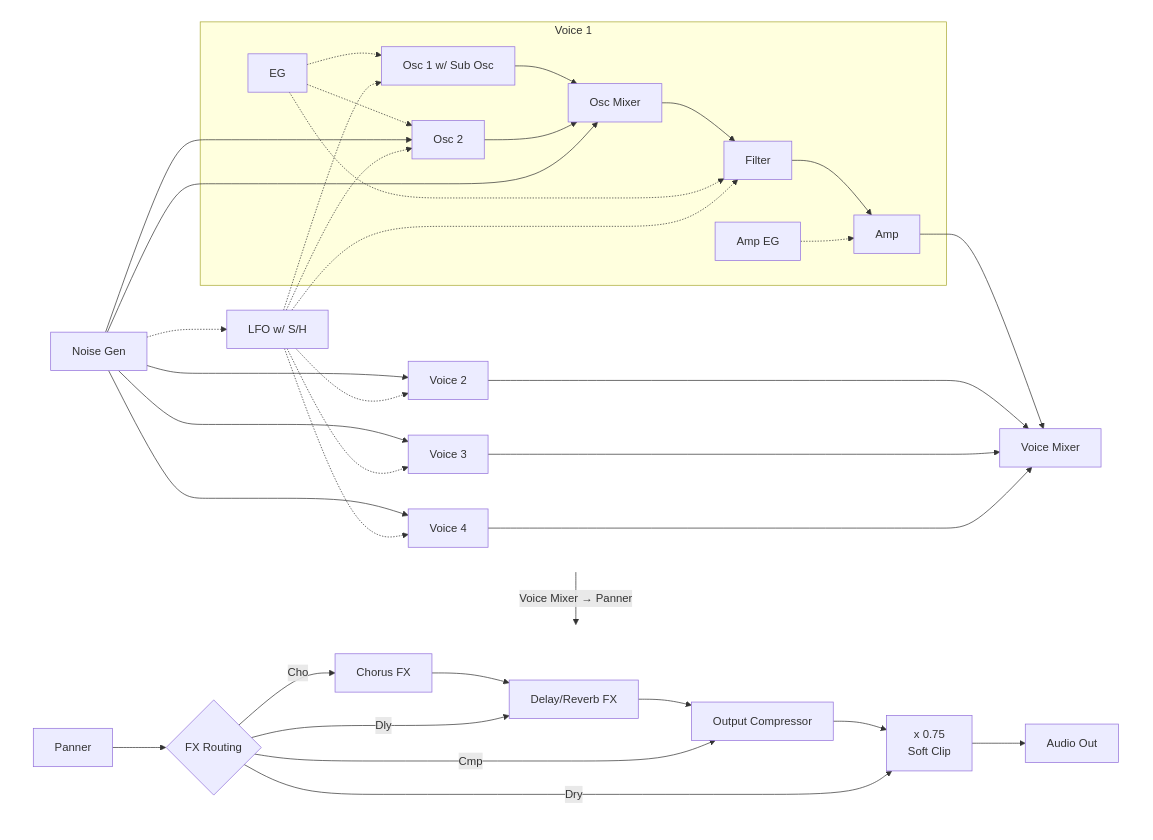
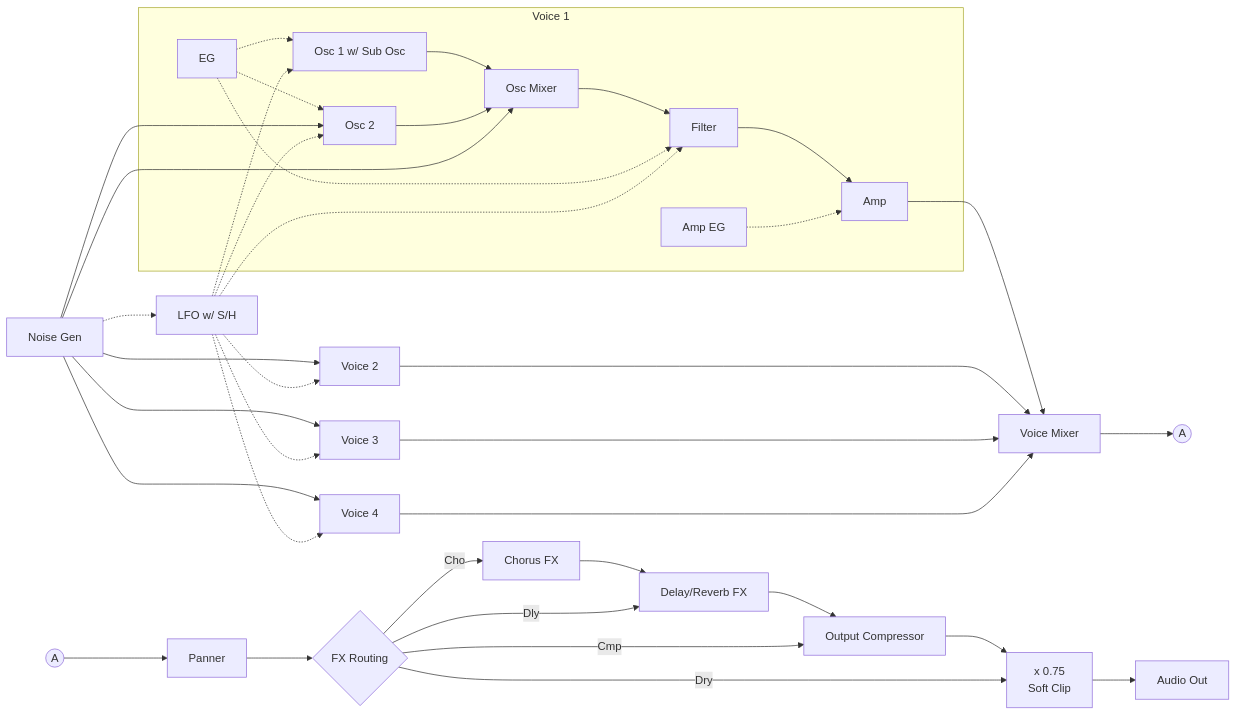
The diagram in README.md (risgk/digital-synth-pra32-u2), drawn with Mermaid before and after one commit.

Commit message:
README: Wrap the Synthesizer Block Diagram with a connector, for older Mermaid

````diff
--- a/README.md
+++ b/README.md
@@ -52,30 +52,22 @@
 ```mermaid
-graph TB
-    subgraph R1[" "]
-    direction LR
+graph LR
     subgraph V1[Voice 1]
         V1O1[Osc 1 w/ Sub Osc] --> V1OM[Osc Mixer]
         V1O2[Osc 2] --> V1OM
         V1OM --> V1F[Filter]
         V1F --> V1A[Amp]
         E[EG] -.-> V1O1 & V1O2 & V1F
         V1AE[Amp EG] -.-> V1A
     end
     V1A --> VM[Voice Mixer]
     V2[Voice 2] & V3[Voice 3] & V4[Voice 4] --> VM
     N[Noise Gen]  --> V1O2 & V1OM & V2 & V3 & V4
     N -.-> L[LFO w/ S/H]
     L -.-> V1O1 & V1O2 & V1F & V2 & V3 & V4
-    end
-    subgraph R2[" "]
-    direction LR
-    P[Panner] --> FR{FX Routing}
+    VM --> J1((A))
+    J2((A)) --> P[Panner] --> FR{FX Routing}
     FR -->|Cho| C[Chorus FX] --> D[Delay/Reverb FX] --> OC[Output Compressor] --> OG["x 0.75<br/>Soft Clip"] --> AO[Audio Out]
     FR -->|Dly| D
     FR -->|Cmp| OC
     FR -->|Dry| OG
-    end
-    R1 -->|"Voice Mixer → Panner"| R2
-    style R1 fill:none,stroke:none
-    style R2 fill:none,stroke:none
 ```
````
